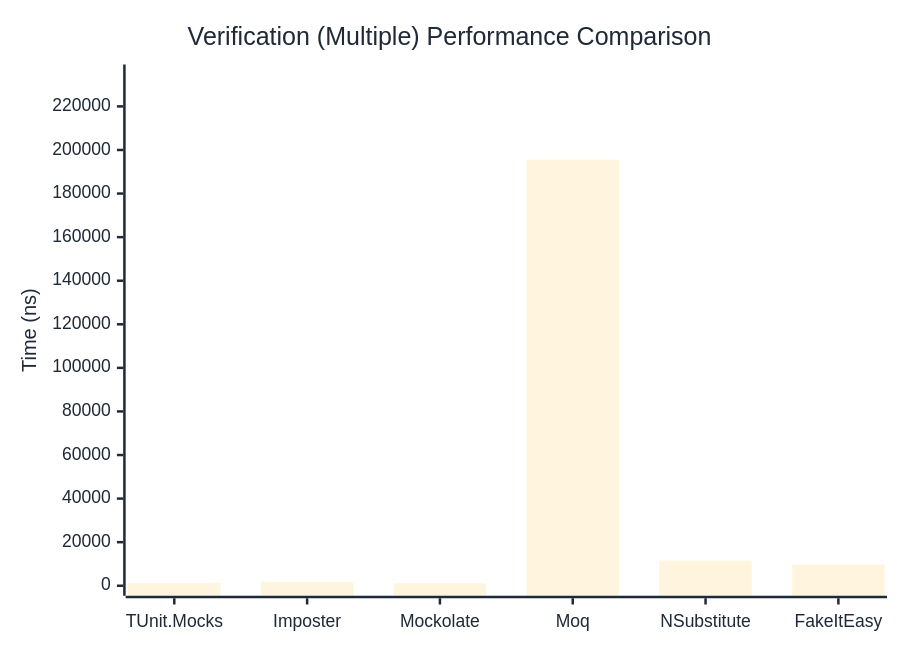
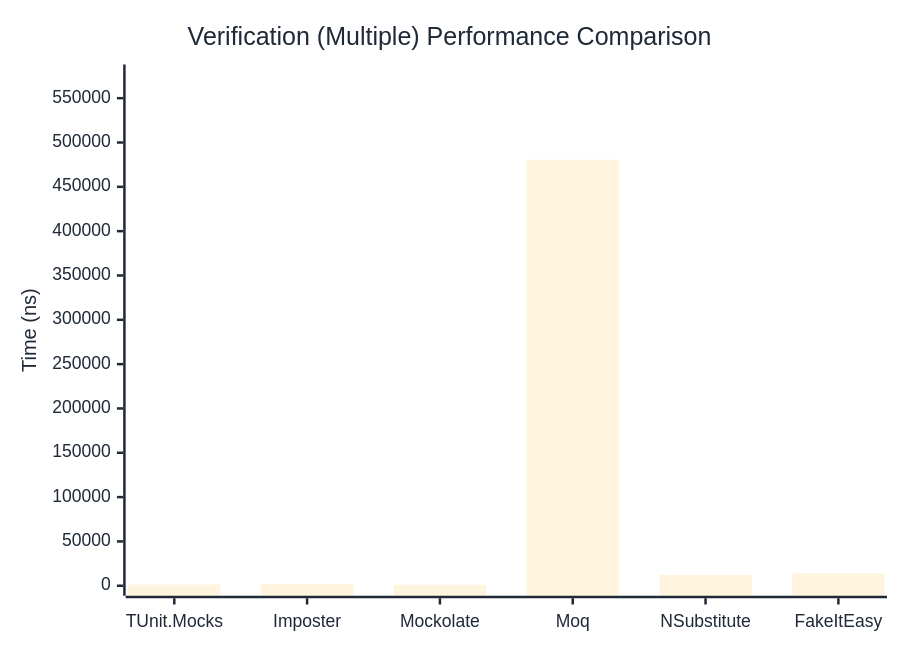
Before and after one commit to thomhurst/TUnit: the third of 3 diagrams in docs/docs/benchmarks/mocks/Verification.md, drawn with Mermaid. The commit also changed other lines of this file and 14 other files, not shown here.

````diff
--- a/docs/docs/benchmarks/mocks/Verification.md
+++ b/docs/docs/benchmarks/mocks/Verification.md
@@ -112,27 +112,27 @@
 ```mermaid
 %%{init: {
   'theme':'base',
   'themeVariables': {
     'primaryColor': '#2563eb',
     'primaryTextColor': '#1f2937',
     'primaryBorderColor': '#1e40af',
     'lineColor': '#6b7280',
     'secondaryColor': '#7c3aed',
     'tertiaryColor': '#dc2626',
     'background': '#ffffff',
     'pie1': '#2563eb',
     'pie2': '#7c3aed',
     'pie3': '#dc2626',
     'pie4': '#f59e0b',
     'pie5': '#10b981',
     'pie6': '#06b6d4',
     'pie7': '#ec4899',
     'pie8': '#6366f1'
   }
 }}%%
 xychart-beta
   title "Verification (Multiple) Performance Comparison"
   x-axis ["TUnit.Mocks", "Imposter", "Mockolate", "Moq", "NSubstitute", "FakeItEasy"]
-  y-axis "Time (ns)" 0 --> 234643
-  bar [1298.13, 1807.49, 1125.06, 195535.17, 11530.97, 9681.26]
+  y-axis "Time (ns)" 0 --> 576721
+  bar [1372.46, 2055.94, 1167.13, 480600.1, 12288.2, 14136.41]
 ```
````
